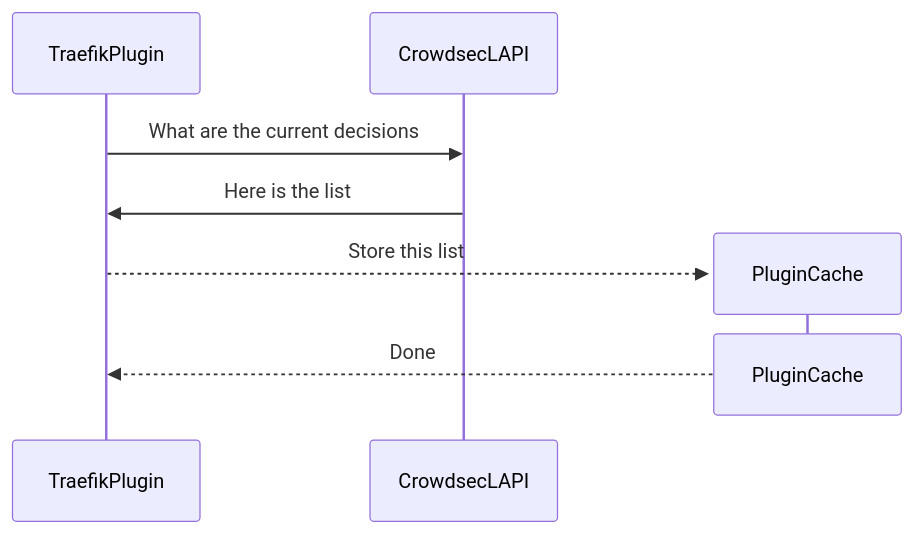
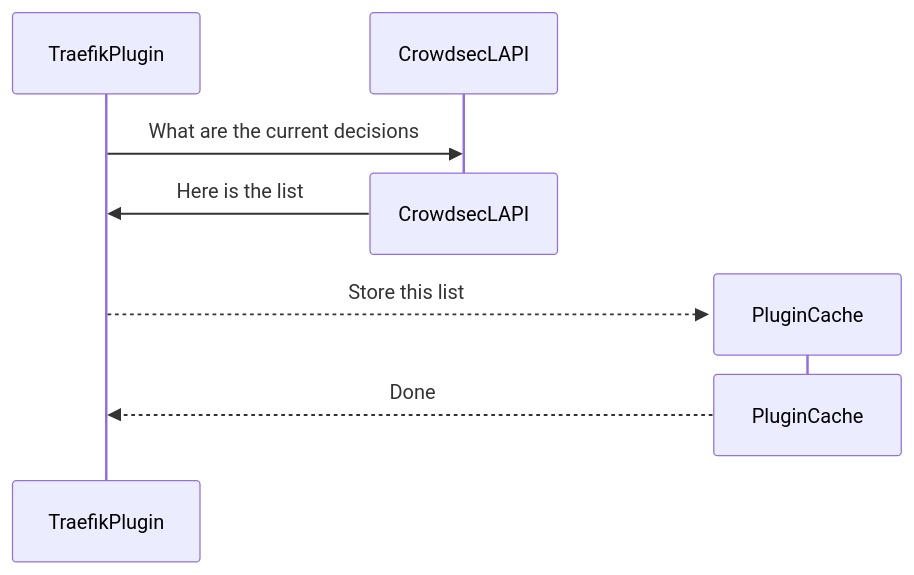
One commit to maxlerebourg/crowdsec-bouncer-traefik-plugin changed the fifth of 13 diagrams in README.md. Above: the diagram before and after it, drawn with Mermaid. The commit also changed other lines of this file, not shown here.

Commit message:
📝 Fix chart rendering

````diff
--- a/README.md
+++ b/README.md
@@ -141,11 +141,12 @@
 ```mermaid
 sequenceDiagram
     participant TraefikPlugin
     participant CrowdsecLAPI
     TraefikPlugin->>CrowdsecLAPI: What are the current decisions
+    Destroy CrowdsecLAPI
     CrowdsecLAPI->>TraefikPlugin: Here is the list
     create participant PluginCache
     TraefikPlugin-->>PluginCache: Store this list
     Destroy PluginCache
     PluginCache-->>TraefikPlugin: Done
 ```
````
